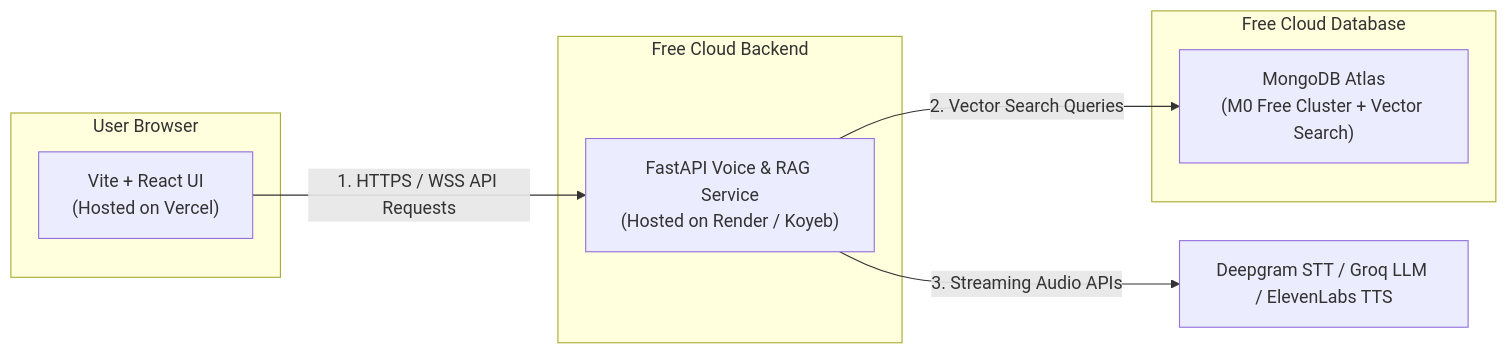
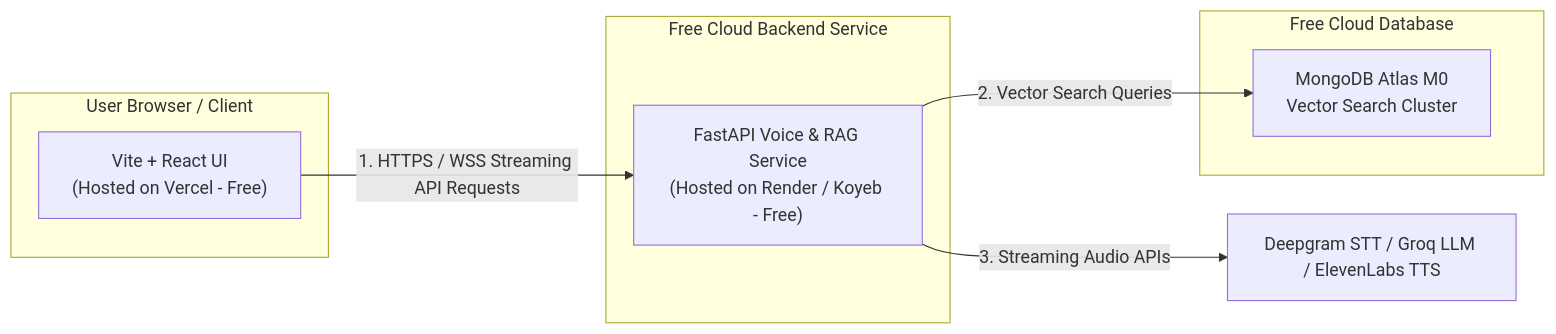
The diagram in FREE_TIER_DEPLOYMENT_GUIDE.md (Shivanshvyas1729/Real-Time-Voice-AI-Agent-with-RAG), drawn with Mermaid before and after one commit. The commit also changed other lines of this file and 4 other files, not shown here.

Commit message:
fix(docs): quote Mermaid edge labels and update all Pipecat URLs

````diff
--- a/FREE_TIER_DEPLOYMENT_GUIDE.md
+++ b/FREE_TIER_DEPLOYMENT_GUIDE.md
@@ -9,18 +9,18 @@
 ```mermaid
 graph LR
-    subgraph ClientBrowser["User Browser"]
-        ReactUI["Vite + React UI\n(Hosted on Vercel)"]
+    subgraph ClientBrowser["User Browser / Client"]
+        ReactUI["Vite + React UI<br/>(Hosted on Vercel - Free)"]
     end
 
-    subgraph BackendCloud["Free Cloud Backend"]
-        FastAPI["FastAPI Voice & RAG Service\n(Hosted on Render / Koyeb)"]
+    subgraph BackendCloud["Free Cloud Backend Service"]
+        FastAPI["FastAPI Voice & RAG Service<br/>(Hosted on Render / Koyeb - Free)"]
     end
 
     subgraph DBCloud["Free Cloud Database"]
-        Mongo["MongoDB Atlas\n(M0 Free Cluster + Vector Search)"]
+        Mongo["MongoDB Atlas M0<br/>Vector Search Cluster"]
     end
 
-    ReactUI -->|1. HTTPS / WSS API Requests| FastAPI
-    FastAPI -->|2. Vector Search Queries| Mongo
-    FastAPI -->|3. Streaming Audio APIs| ExternalAPIs["Deepgram STT / Groq LLM / ElevenLabs TTS"]
+    ReactUI -->|"1. HTTPS / WSS Streaming API Requests"| FastAPI
+    FastAPI -->|"2. Vector Search Queries"| Mongo
+    FastAPI -->|"3. Streaming Audio APIs"| ExternalAPIs["Deepgram STT / Groq LLM / ElevenLabs TTS"]
 ```
````
